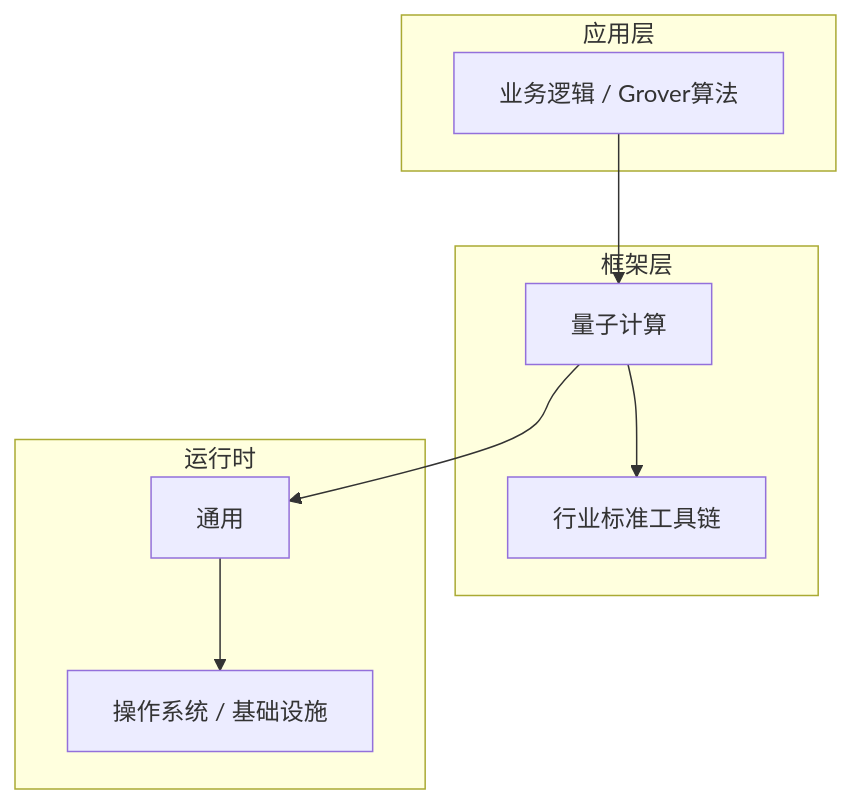
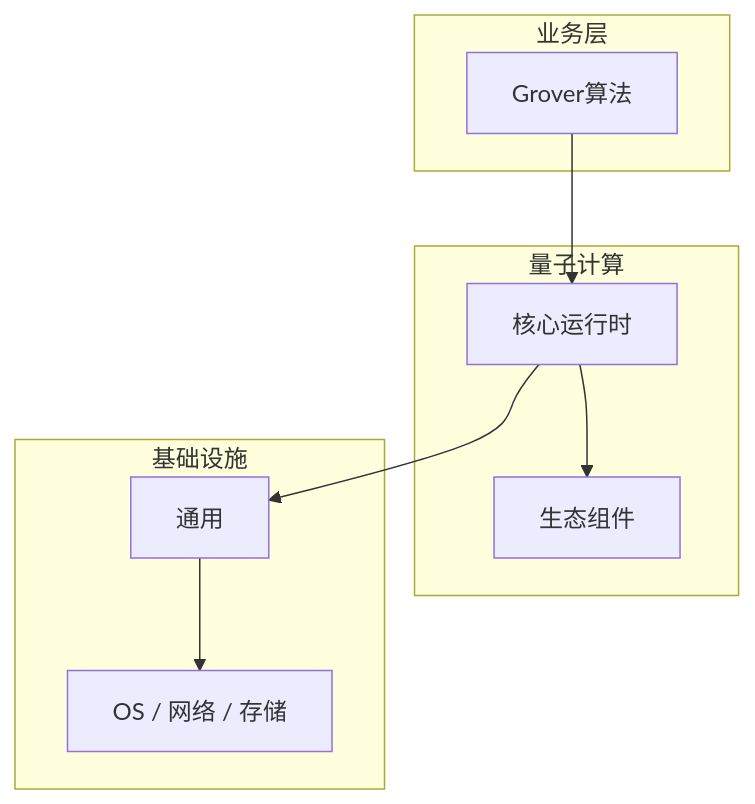
The diagram in articles/量子计算/chapters/031-Grover算法核心概念与原理.md (yanggan2015/knowledge-json-v2), drawn with Mermaid before and after one commit. The commit also changed other lines of this file and 10127 other files, not shown here.

````diff
--- a/articles/量子计算/chapters/031-Grover算法核心概念与原理.md
+++ b/articles/量子计算/chapters/031-Grover算法核心概念与原理.md
@@ -45,18 +30,18 @@
 ```mermaid
 graph TB
-    subgraph 应用层
-        A[业务逻辑 / Grover算法]
+    subgraph 业务层
+        A[Grover算法]
     end
-    subgraph 框架层
-        B[量子计算]
-        C[行业标准工具链]
+    subgraph 量子计算
+        B[核心运行时]
+        C[生态组件]
     end
-    subgraph 运行时
+    subgraph 基础设施
         D[通用]
-        E[操作系统 / 基础设施]
+        E[OS / 网络 / 存储]
     end
     A --> B
     B --> C
     B --> D
     D --> E
 ```
````
